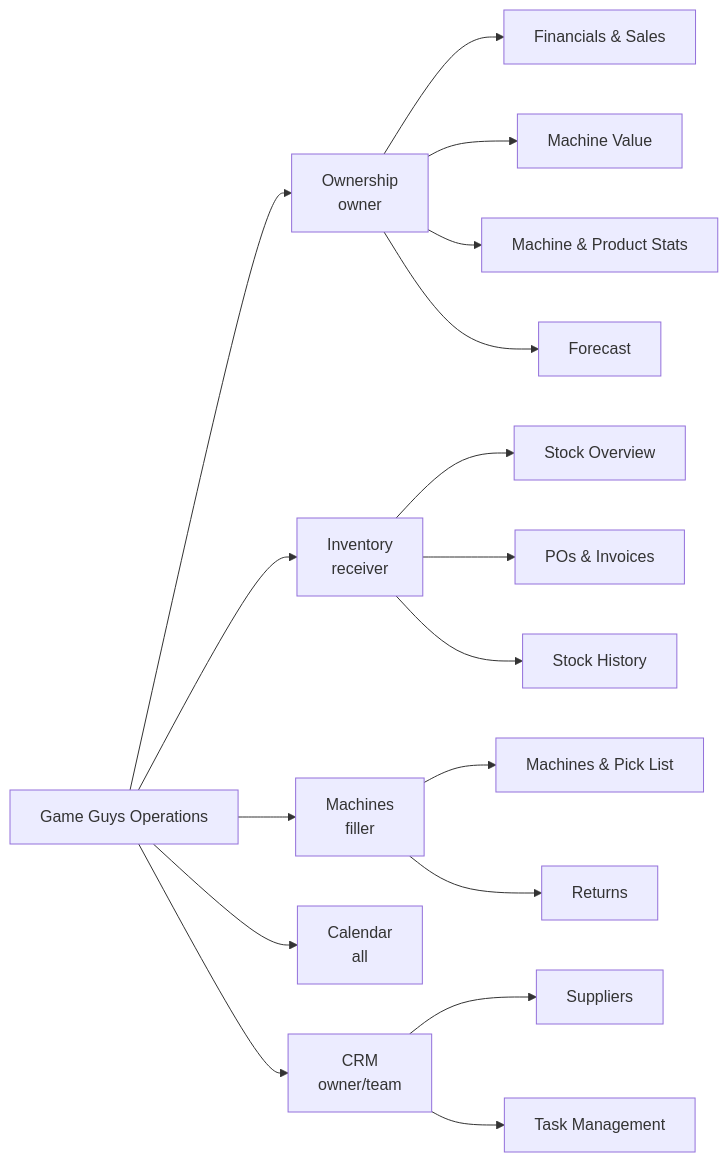
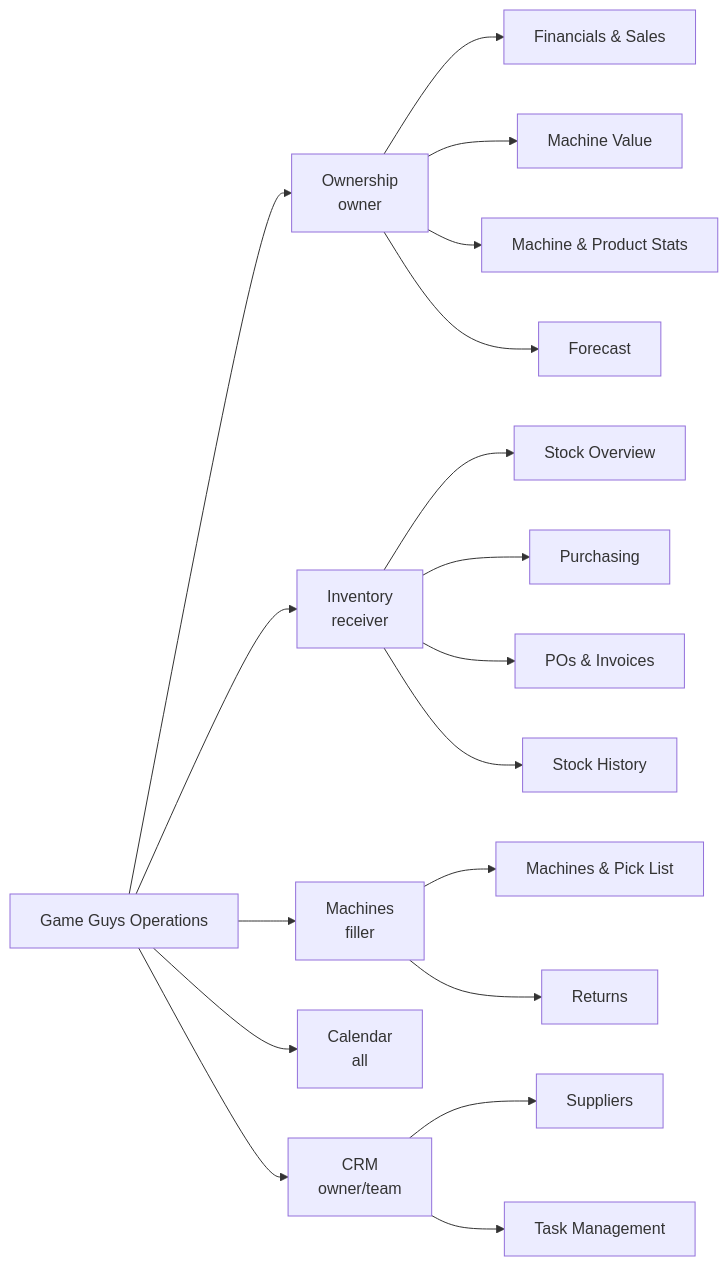
Before and after one commit to josh441/gameguys-proposed-ui: the first of 7 diagrams in BUILD-PLAN.md, drawn with Mermaid. The commit also changed other lines of this file and 9 other files, not shown here.

Commit message:
Integrate purchasing flow and print notes

````diff
--- a/BUILD-PLAN.md
+++ b/BUILD-PLAN.md
@@ -41,20 +41,21 @@
 ```mermaid
 flowchart LR
   Root[Game Guys Operations] --> O[Ownership<br/>owner]
   Root --> I[Inventory<br/>receiver]
   Root --> M[Machines<br/>filler]
   Root --> C[Calendar<br/>all]
   Root --> R[CRM<br/>owner/team]
 
   O --> O1[Financials & Sales]
   O --> O2[Machine Value]
   O --> O3[Machine & Product Stats]
   O --> O4[Forecast]
   I --> I1[Stock Overview]
-  I --> I2[POs & Invoices]
-  I --> I3[Stock History]
+  I --> I2[Purchasing]
+  I --> I3[POs & Invoices]
+  I --> I4[Stock History]
   M --> M1[Machines & Pick List]
   M --> M2[Returns]
   R --> R1[Suppliers]
   R --> R2[Task Management]
 ```
````
